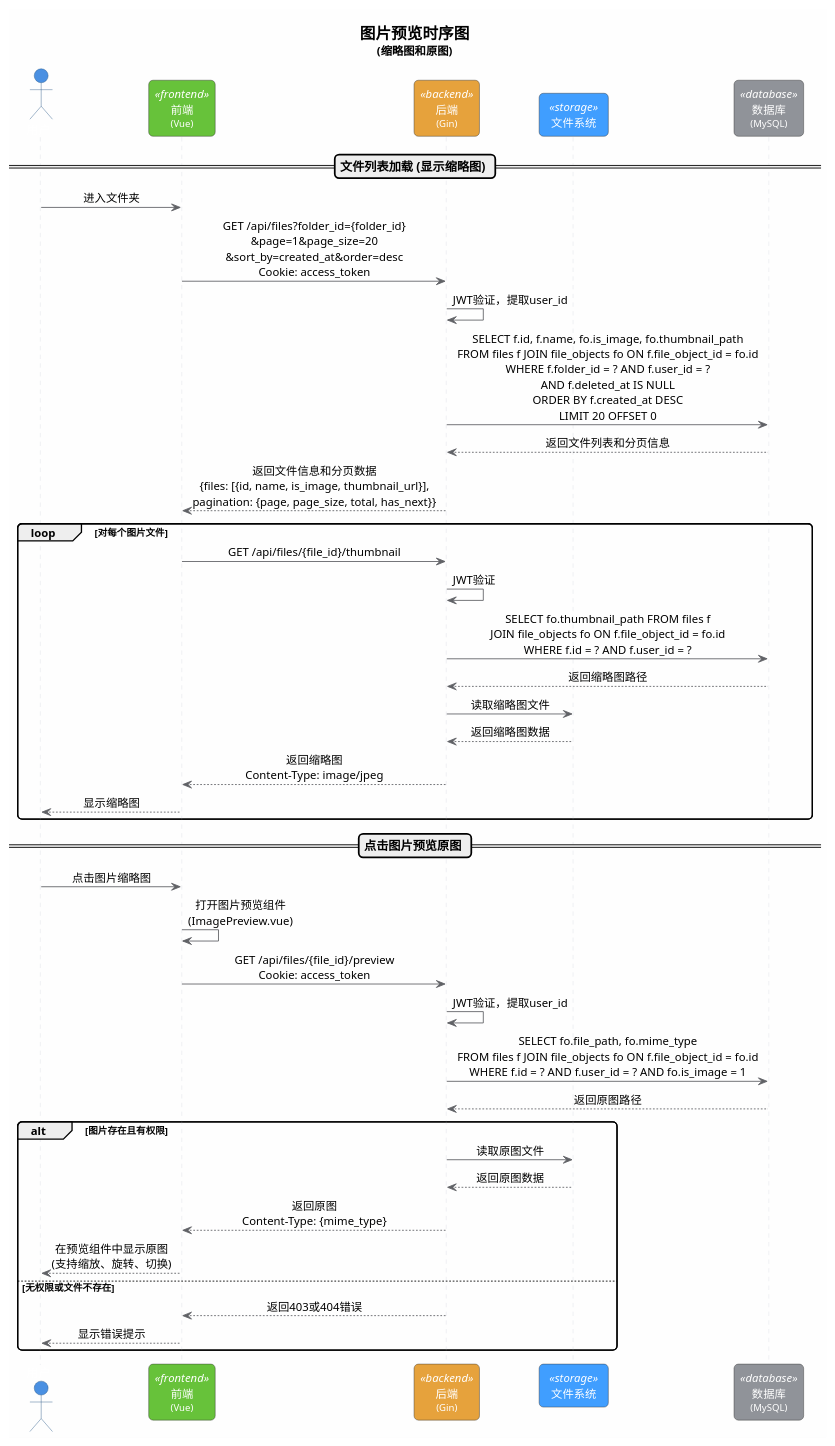
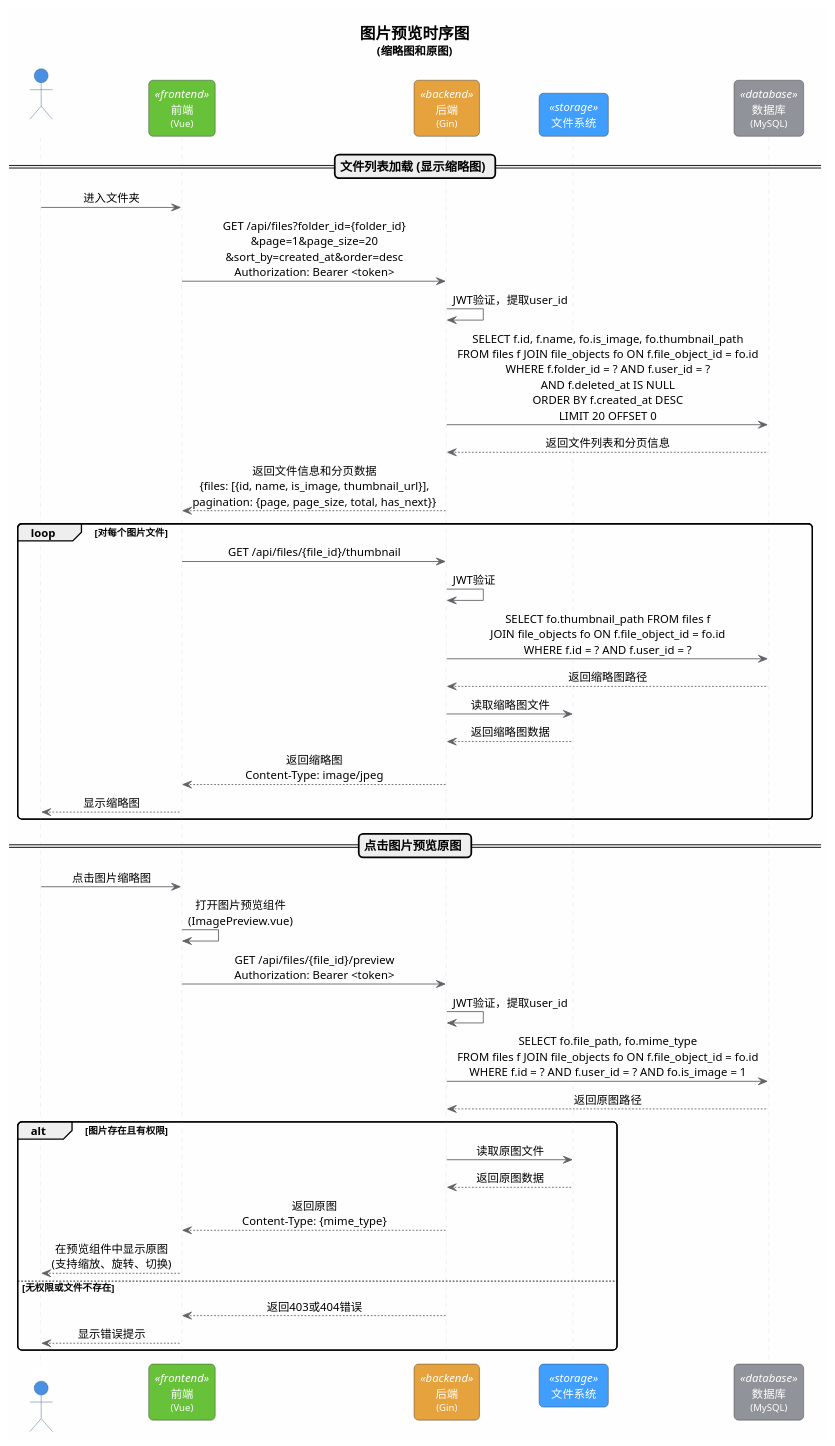
One commit to weiguangshuai/mCloud changed the fourth of 6 diagrams in doc/sequence-diagrams.puml. Above: the diagram before and after it, drawn with PlantUML. The commit also changed other lines of this file and 6 other files, not shown here.

```diff
--- a/doc/sequence-diagrams.puml
+++ b/doc/sequence-diagrams.puml
@@ -389,87 +384,87 @@
 @startuml 图片预览流程
 
 '样式配置
 skinparam backgroundColor #FEFEFE
 skinparam sequenceMessageAlign center
 skinparam roundcorner 10
 skinparam shadowing false
 
 skinparam actor {
     BackgroundColor #4A90E2
     BorderColor #2E5C8A
     FontColor White
     FontSize 14
 }
 
 skinparam participant {
     BackgroundColor<<frontend>> #67C23A
     BackgroundColor<<backend>> #E6A23C
     BackgroundColor<<database>> #909399
     BackgroundColor<<storage>> #409EFF
     BorderColor #333333
     FontColor White
     FontSize 13
 }
 
 skinparam sequence {
     ArrowColor #606266
     LifeLineBorderColor #DCDFE6
     LifeLineBackgroundColor #F2F6FC
     BoxBackgroundColor #ECF5FF
     BoxBorderColor #409EFF
 }
 
 skinparam note {
     BackgroundColor #FFF9E6
     BorderColor #E6A23C
     FontSize 11
 }
 
 title <size:18><b>图片预览时序图</b></size>\n<size:13>(缩略图和原图)</size>
 
 actor 用户 as User
 participant "  前端  \n<size:11>(Vue)</size>" as Frontend <<frontend>>
 participant "  后端  \n<size:11>(Gin)</size>" as Backend <<backend>>
 participant "  文件系统  " as FileSystem <<storage>>
 participant "  数据库  \n<size:11>(MySQL)</size>" as DB <<database>>
 
 == <b><size:14>文件列表加载 (显示缩略图)</size></b> ==
 
 User -> Frontend: 进入文件夹
-Frontend -> Backend: GET /api/files?folder_id={folder_id}\n&page=1&page_size=20\n&sort_by=created_at&order=desc\nCookie: access_token
+Frontend -> Backend: GET /api/files?folder_id={folder_id}\n&page=1&page_size=20\n&sort_by=created_at&order=desc\nAuthorization: Bearer <token>
 Backend -> Backend: JWT验证，提取user_id
 Backend -> DB: SELECT f.id, f.name, fo.is_image, fo.thumbnail_path\nFROM files f JOIN file_objects fo ON f.file_object_id = fo.id\nWHERE f.folder_id = ? AND f.user_id = ?\nAND f.deleted_at IS NULL\nORDER BY f.created_at DESC\nLIMIT 20 OFFSET 0
 DB --> Backend: 返回文件列表和分页信息
 Backend --> Frontend: 返回文件信息和分页数据\n{files: [{id, name, is_image, thumbnail_url}],\npagination: {page, page_size, total, has_next}}
 
 loop 对每个图片文件
     Frontend -> Backend: GET /api/files/{file_id}/thumbnail
     Backend -> Backend: JWT验证
     Backend -> DB: SELECT fo.thumbnail_path FROM files f\nJOIN file_objects fo ON f.file_object_id = fo.id\nWHERE f.id = ? AND f.user_id = ?
     DB --> Backend: 返回缩略图路径
     Backend -> FileSystem: 读取缩略图文件
     FileSystem --> Backend: 返回缩略图数据
     Backend --> Frontend: 返回缩略图\nContent-Type: image/jpeg
     Frontend --> User: 显示缩略图
 end
 
 == <b><size:14>点击图片预览原图</size></b> ==
 
 User -> Frontend: 点击图片缩略图
 Frontend -> Frontend: 打开图片预览组件\n(ImagePreview.vue)
-Frontend -> Backend: GET /api/files/{file_id}/preview\nCookie: access_token
+Frontend -> Backend: GET /api/files/{file_id}/preview\nAuthorization: Bearer <token>
 Backend -> Backend: JWT验证，提取user_id
 Backend -> DB: SELECT fo.file_path, fo.mime_type\nFROM files f JOIN file_objects fo ON f.file_object_id = fo.id\nWHERE f.id = ? AND f.user_id = ? AND fo.is_image = 1
 DB --> Backend: 返回原图路径
 
 alt 图片存在且有权限
     Backend -> FileSystem: 读取原图文件
     FileSystem --> Backend: 返回原图数据
     Backend --> Frontend: 返回原图\nContent-Type: {mime_type}
     Frontend --> User: 在预览组件中显示原图\n(支持缩放、旋转、切换)
 else 无权限或文件不存在
     Backend --> Frontend: 返回403或404错误
     Frontend --> User: 显示错误提示
 end
 
 @enduml
```
